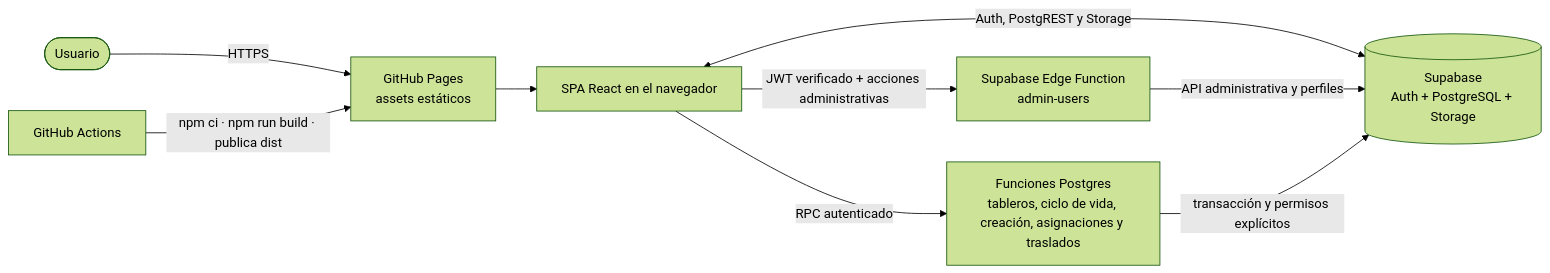
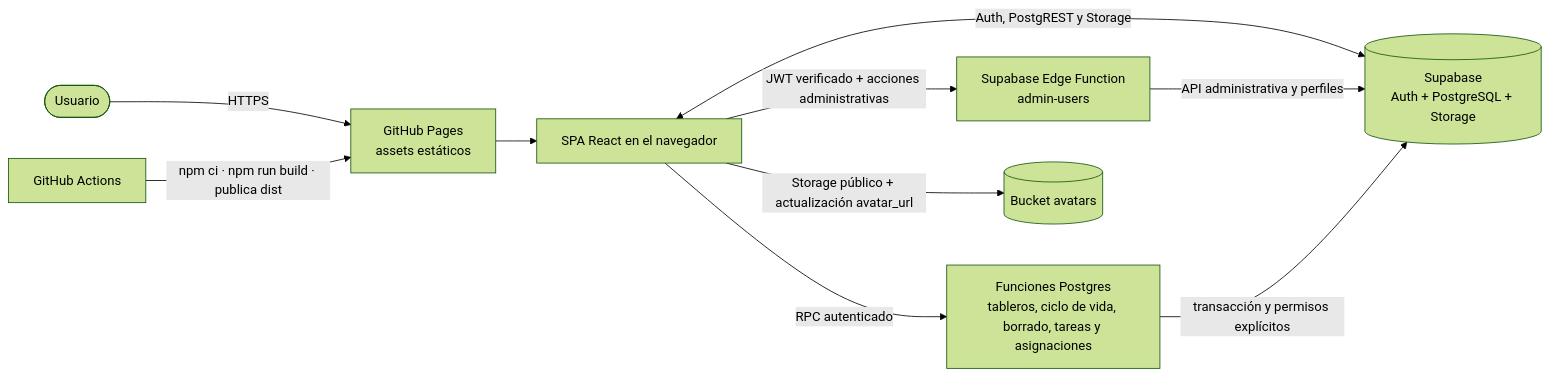
One commit to furthurr/dashboardFurthurr changed the diagram in .architecture/README.md. Above: the diagram before and after it, drawn with Mermaid (forest theme). The commit also changed other lines of this file and 59 other files, not shown here.

````diff
--- a/.architecture/README.md
+++ b/.architecture/README.md
@@ -31,11 +32,12 @@
 ```mermaid
 flowchart LR
   user([Usuario]) -->|HTTPS| pages[GitHub Pages<br/>assets estáticos]
   pages --> browser[SPA React en el navegador]
   browser <-->|Auth, PostgREST y Storage| supabase[(Supabase<br/>Auth + PostgreSQL + Storage)]
   browser -->|JWT verificado + acciones administrativas| edge[Supabase Edge Function<br/>admin-users]
   edge -->|API administrativa y perfiles| supabase
-  browser -->|RPC autenticado| rpc[Funciones Postgres<br/>tableros, ciclo de vida, creación, asignaciones y traslados]
+  browser -->|RPC autenticado| rpc[Funciones Postgres<br/>tableros, ciclo de vida, borrado, tareas y asignaciones]
   rpc -->|transacción y permisos explícitos| supabase
+  browser -->|Storage público + actualización avatar_url| avatars[(Bucket avatars)]
   actions[GitHub Actions] -->|npm ci · npm run build · publica dist| pages
 ```
````
